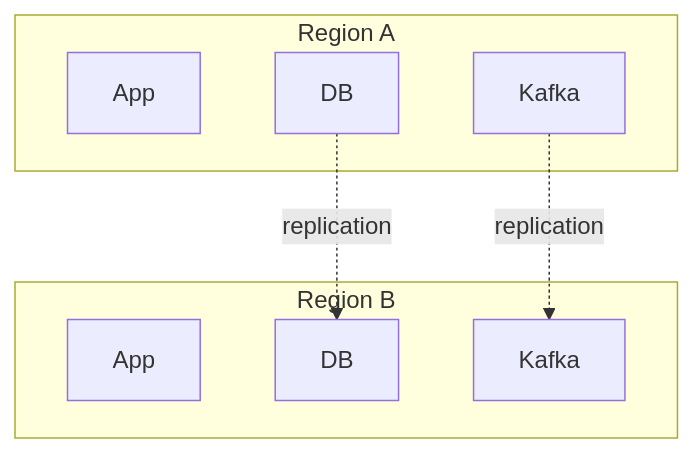
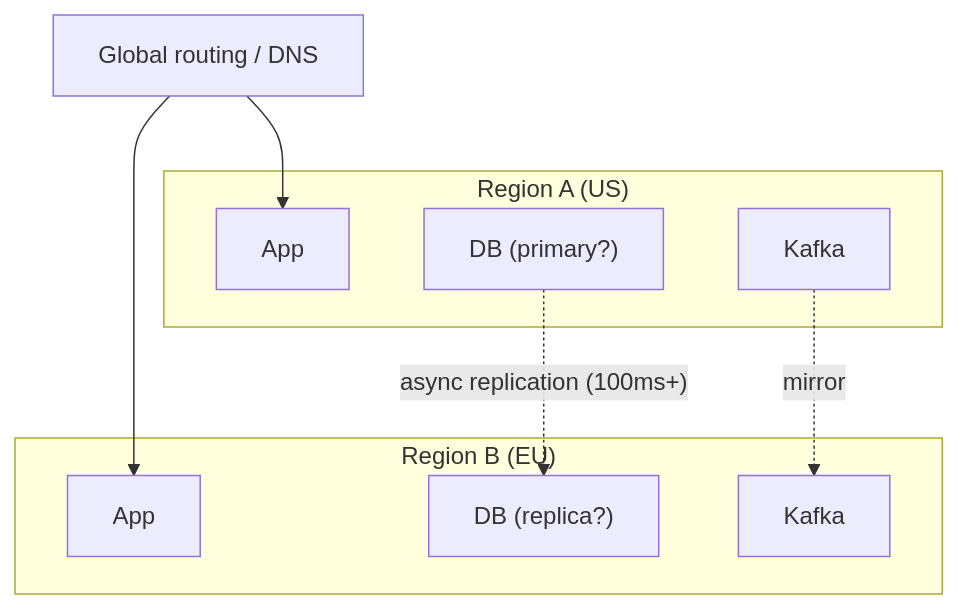
One commit to pankajThakur1874/studysheet changed diagram 14 of 22 in files/08-edge-cases/Tier-6-Advanced-Distributed-Systems.md. Above: the diagram before and after it, drawn with Mermaid. The commit also changed other lines of this file and 5 other files, not shown here.

````diff
--- a/files/08-edge-cases/Tier-6-Advanced-Distributed-Systems.md
+++ b/files/08-edge-cases/Tier-6-Advanced-Distributed-Systems.md
@@ -318,15 +678,17 @@
 ```mermaid
 flowchart TD
-    subgraph RA["Region A"]
+    subgraph RA["Region A (US)"]
       A1["App"]
-      A2["DB"]
+      A2["DB (primary?)"]
       A3["Kafka"]
     end
-    subgraph RB["Region B"]
+    subgraph RB["Region B (EU)"]
       B1["App"]
-      B2["DB"]
+      B2["DB (replica?)"]
       B3["Kafka"]
     end
-    A2 -.replication.-> B2
-    A3 -.replication.-> B3
+    A2 -.async replication (100ms+).-> B2
+    A3 -.mirror.-> B3
+    DNS["Global routing / DNS"] --> A1
+    DNS --> B1
 ```
````
